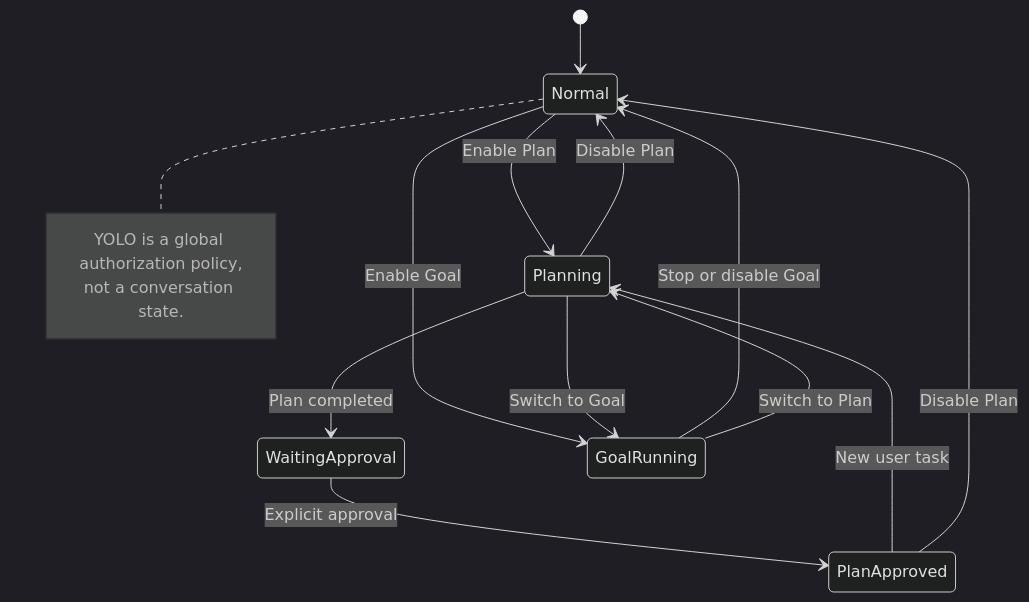
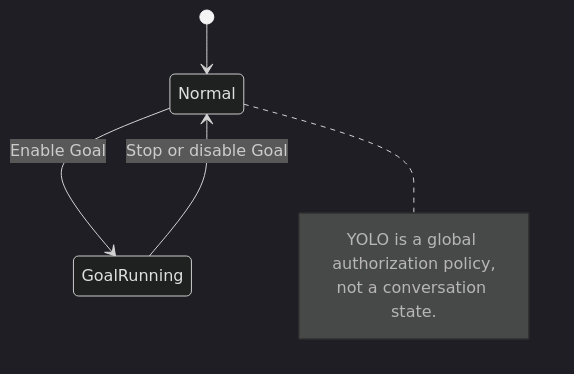
The first of 2 diagrams in docs/zh-CN/2-使用指南/10-使用聊天与AI助手.md (BaSui01/snow-app), drawn with Mermaid (dark theme) before and after one commit. The commit also changed other lines of this file and 135 other files, not shown here.

````diff
--- a/docs/zh-CN/2-使用指南/10-使用聊天与AI助手.md
+++ b/docs/zh-CN/2-使用指南/10-使用聊天与AI助手.md
@@ -190,18 +180,10 @@
 ```mermaid
 stateDiagram-v2
     [*] --> Normal
-    Normal --> Planning: Enable Plan
-    Planning --> WaitingApproval: Plan completed
-    WaitingApproval --> PlanApproved: Explicit approval
-    PlanApproved --> Planning: New user task
-    Planning --> Normal: Disable Plan
-    PlanApproved --> Normal: Disable Plan
     Normal --> GoalRunning: Enable Goal
     GoalRunning --> Normal: Stop or disable Goal
-    Planning --> GoalRunning: Switch to Goal
-    GoalRunning --> Planning: Switch to Plan
     note right of Normal
       YOLO is a global authorization policy,
       not a conversation state.
     end note
 ```
````
